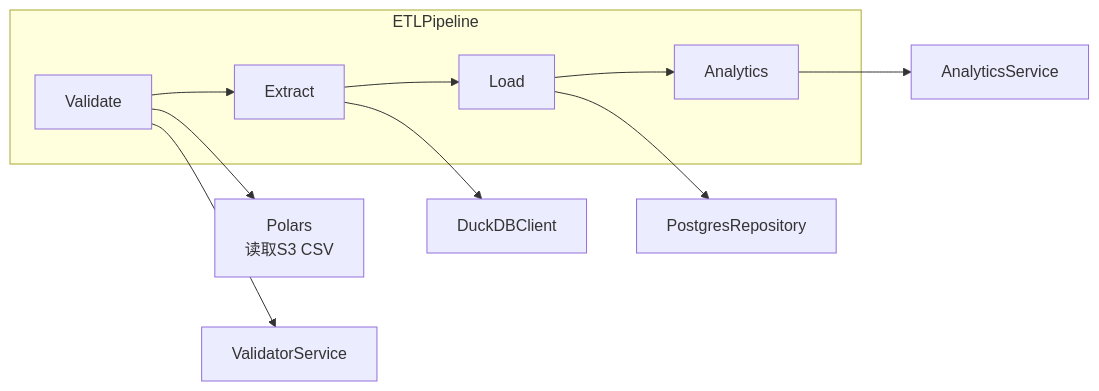
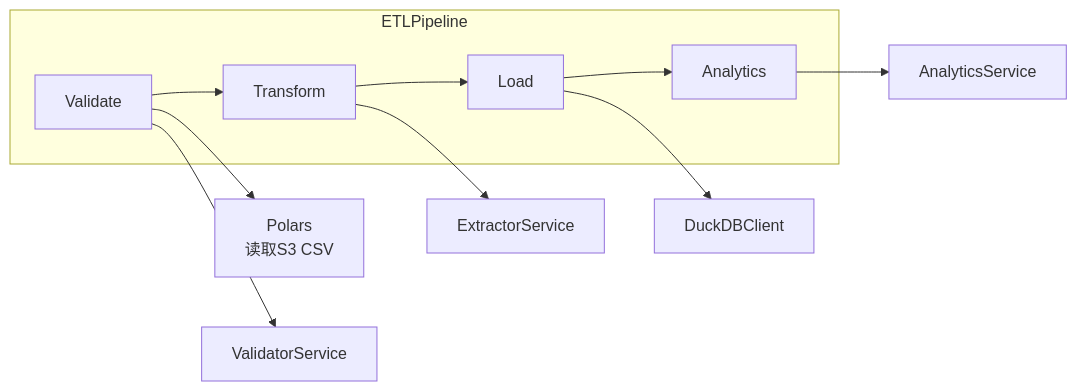
Before and after one commit to zhj0513/small_etl: the fifth of 8 diagrams in doc/architecture.md, drawn with Mermaid. The commit also changed other lines of this file and 3 other files, not shown here.

````diff
--- a/doc/architecture.md
+++ b/doc/architecture.md
@@ -371,12 +372,12 @@
 ```mermaid
 flowchart LR
     subgraph Pipeline["ETLPipeline"]
-        V["Validate"] --> E["Extract"] --> L["Load"] --> A["Analytics"]
+        V["Validate"] --> E["Transform"] --> L["Load"] --> A["Analytics"]
     end
 
     V --> Polars["Polars\n读取S3 CSV"]
     V --> VS["ValidatorService"]
-    E --> Duck["DuckDBClient"]
-    L --> Repo["PostgresRepository"]
+    E --> EX["ExtractorService"]
+    L --> Duck["DuckDBClient"]
     A --> AS["AnalyticsService"]
 ```
````
